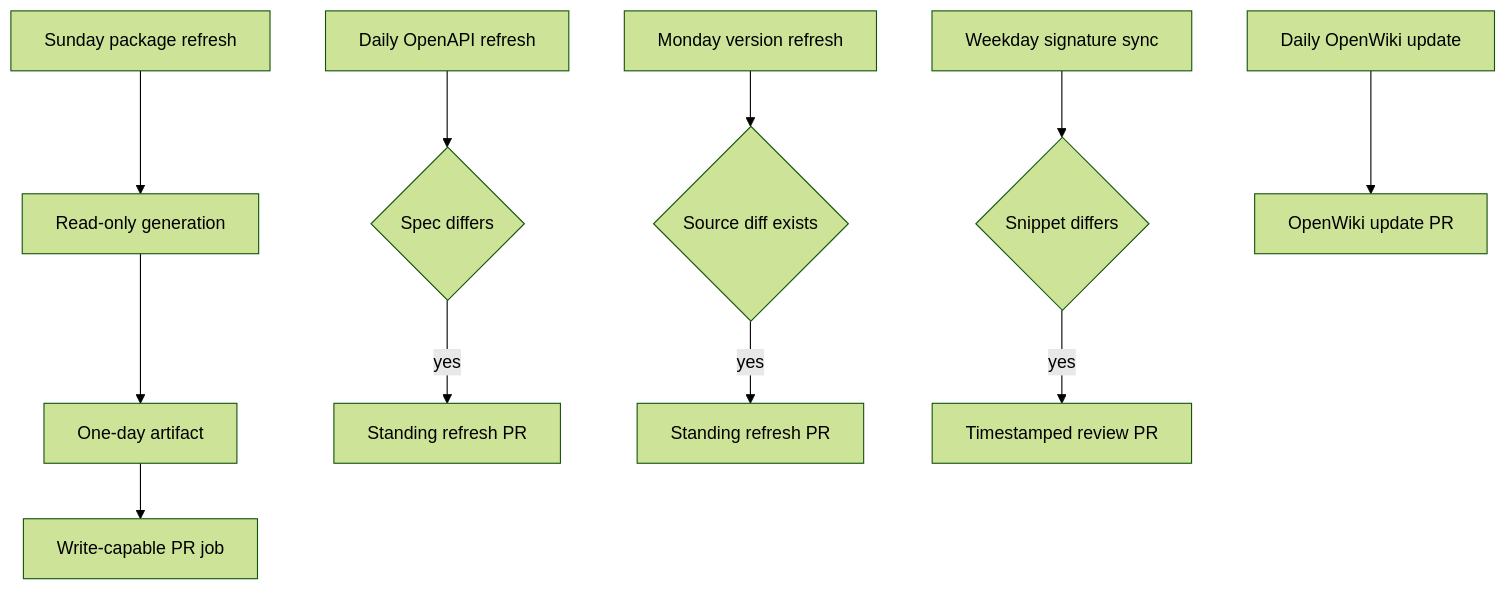
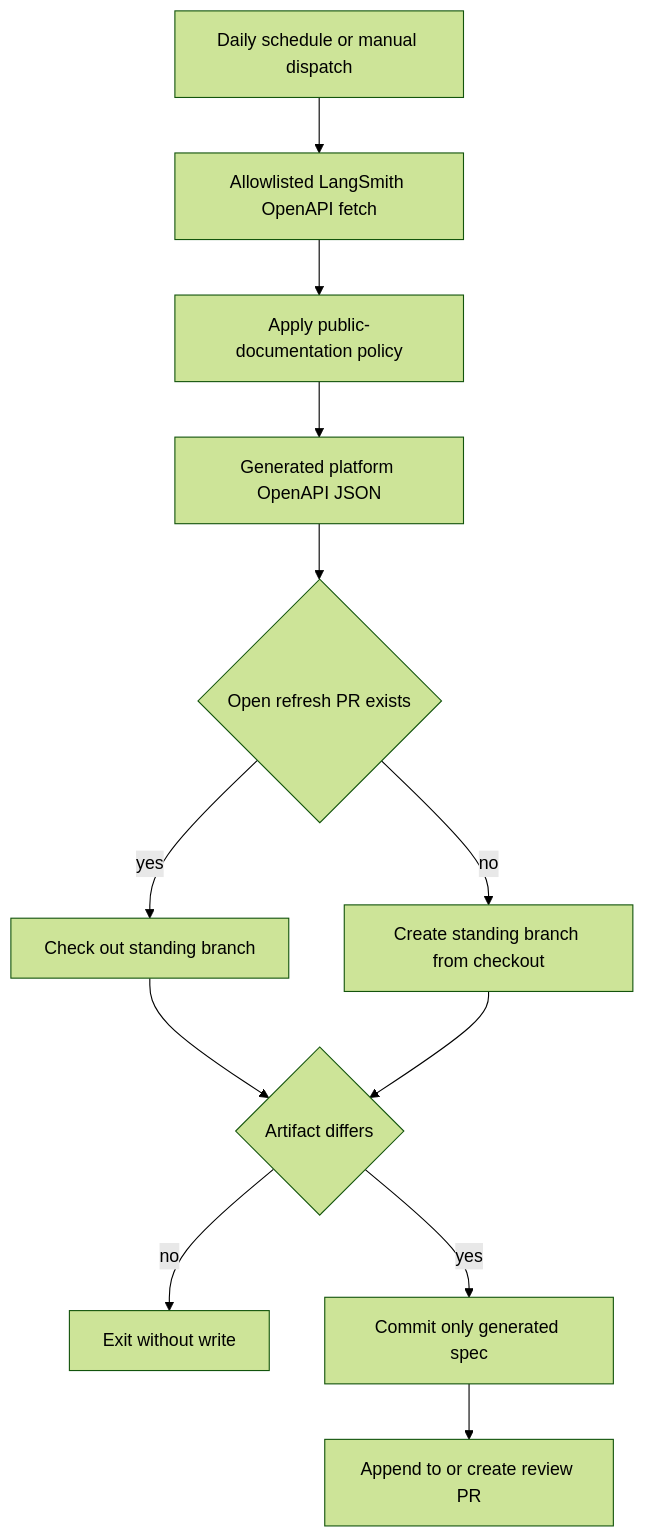
Before and after one commit to langchain-ai/docs: the third of 3 diagrams in openwiki/integrations/github-actions.md, drawn with Mermaid (forest theme). The commit also changed other lines of this file and 29 other files, not shown here.

Commit message:
docs: update OpenWiki

````diff
--- a/openwiki/integrations/github-actions.md
+++ b/openwiki/integrations/github-actions.md
@@ -146,13 +134,14 @@
 ```mermaid
 flowchart TD
-  Download["Sunday package refresh"] --> Generate["Read-only generation"]
-  Generate --> Artifact["One-day artifact"]
-  Artifact --> Publish["Write-capable PR job"]
-  OpenAPI["Daily OpenAPI refresh"] --> OpenAPIDiff{"Spec differs"}
-  OpenAPIDiff -->|"yes"| OpenAPIPR["Standing refresh PR"]
-  Versions["Monday version refresh"] --> VersionDiff{"Source diff exists"}
-  VersionDiff -->|"yes"| VersionPR["Standing refresh PR"]
-  Signatures["Weekday signature sync"] --> SignatureDiff{"Snippet differs"}
-  SignatureDiff -->|"yes"| SignaturePR["Timestamped review PR"]
-  Wiki["Daily OpenWiki update"] --> WikiPR["OpenWiki update PR"]
+  Schedule["Daily schedule or manual dispatch"] --> Fetch["Allowlisted LangSmith OpenAPI fetch"]
+  Fetch --> Process["Apply public-documentation policy"]
+  Process --> Candidate["Generated platform OpenAPI JSON"]
+  Candidate --> Existing{"Open refresh PR exists"}
+  Existing -->|"yes"| Branch["Check out standing branch"]
+  Existing -->|"no"| Fresh["Create standing branch from checkout"]
+  Branch --> Compare{"Artifact differs"}
+  Fresh --> Compare
+  Compare -->|"no"| Noop["Exit without write"]
+  Compare -->|"yes"| Commit["Commit only generated spec"]
+  Commit --> Review["Append to or create review PR"]
 ```
````
